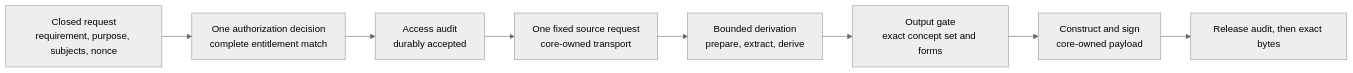
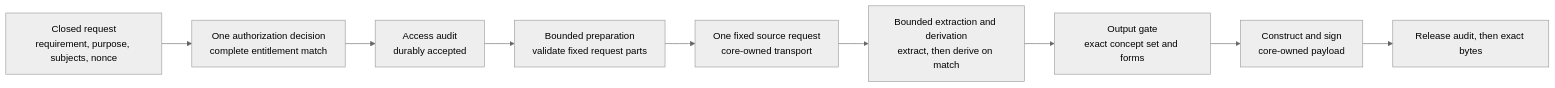
One commit to registrystack/registry-stack changed the diagram in docs/site/src/content/docs/spec/rs-pr-evidence.mdx. Above: the diagram before and after it, drawn with Mermaid (neutral theme). The commit also changed other lines of this file and 1 other file, not shown here.

````diff
--- a/docs/site/src/content/docs/spec/rs-pr-evidence.mdx
+++ b/docs/site/src/content/docs/spec/rs-pr-evidence.mdx
@@ -217,12 +220,13 @@
 ```mermaid
 flowchart LR
     request["Closed request<br/>requirement, purpose, subjects, nonce"]
     authz["One authorization decision<br/>complete entitlement match"]
     access["Access audit<br/>durably accepted"]
+    prepare["Bounded preparation<br/>validate fixed request parts"]
     source["One fixed source request<br/>core-owned transport"]
-    derive["Bounded derivation<br/>prepare, extract, derive"]
+    derive["Bounded extraction and derivation<br/>extract, then derive on match"]
     gate["Output gate<br/>exact concept set and forms"]
     sign["Construct and sign<br/>core-owned payload"]
     release["Release audit, then exact bytes"]
-    request --> authz --> access --> source --> derive --> gate --> sign --> release
+    request --> authz --> access --> prepare --> source --> derive --> gate --> sign --> release
 ```
````
